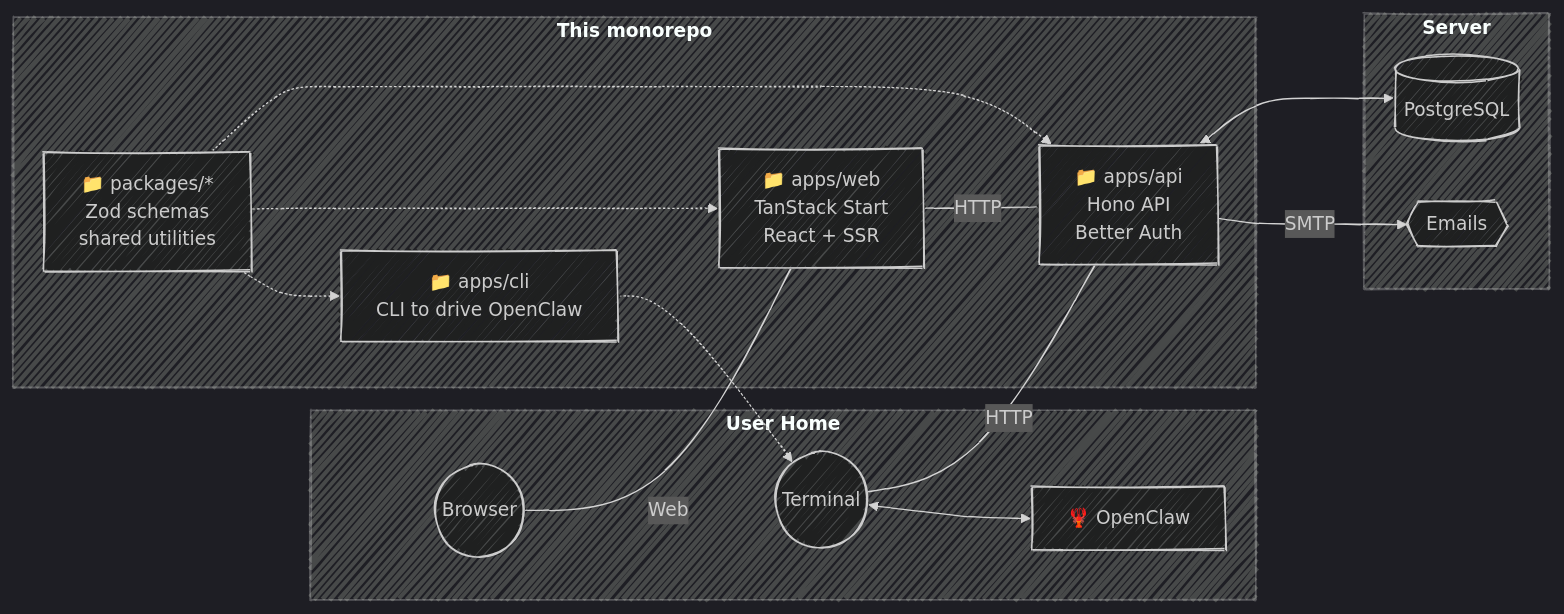
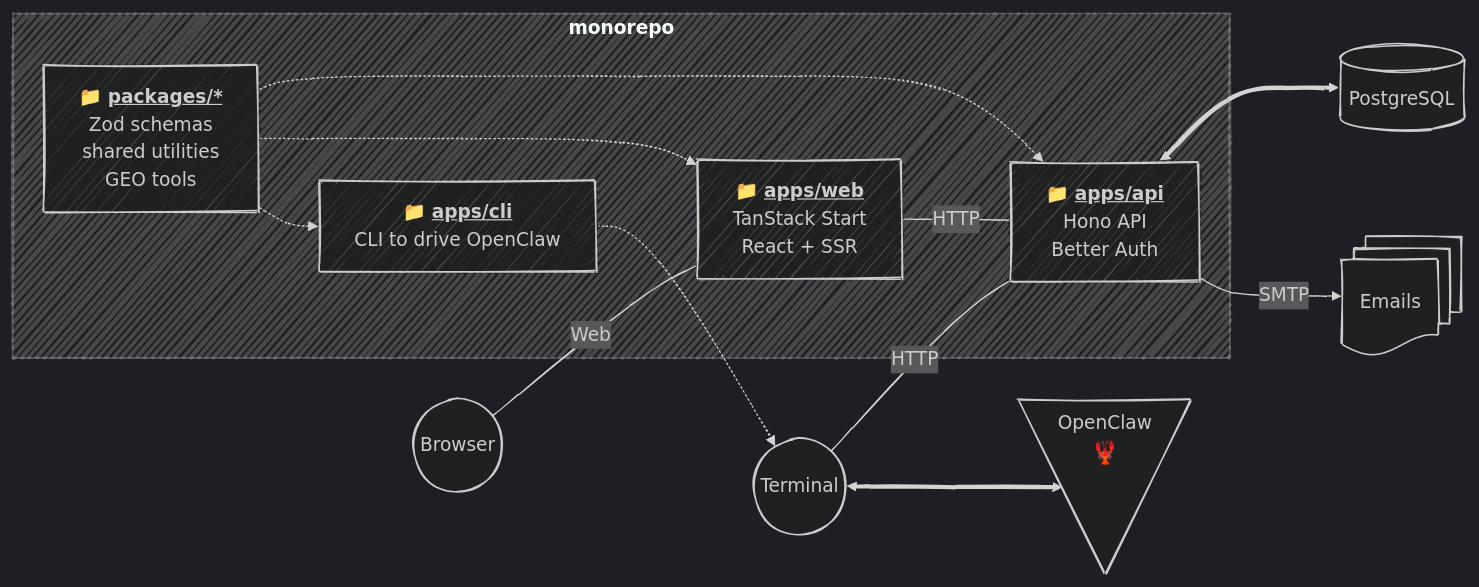
One commit to SubZtep/kaja changed the diagram in docs/index.md. Above: the diagram before and after it, drawn with Mermaid. The commit also changed other lines of this file and 2 other files, not shown here.

Commit message:
docs: better graph

````diff
--- a/docs/index.md
+++ b/docs/index.md
@@ -15,38 +15,34 @@
 ```mermaid
 ---
 config:
   look: handDrawn
   theme: dark
 ---
 flowchart LR
-  subgraph "`**User Home**`"
-    U((Browser))
-    UW((Terminal))
-    O["🦞 OpenClaw"]
-  end
+  U((Browser))
+  UW((Terminal))
+  O@{ shape: manual-file, label: "OpenClaw<br><big>🦞</big>" }
 
-  subgraph "`**Server**`"
-    D[(PostgreSQL)]
-    E{{Emails}}
-  end
+  D[(PostgreSQL)]
+  E@{ shape: docs, label: "Emails"}
 
-  subgraph "`**This monorepo**`"
-    A["📁 apps/api<br/>Hono API<br/>Better Auth"]
-    W["📁 apps/web<br/>TanStack Start<br/>React + SSR"]
-    P["📁 packages/*<br/>Zod schemas<br/>shared utilities"]
-    WW["📁 apps/cli<br/>CLI to drive OpenClaw"]
+  subgraph "`**monorepo**`"
+    A["📁 <strong><u>apps/api</u></strong><br/>Hono API<br/>Better Auth"]
+    W["📁 <strong><u>apps/web</u></strong><br/>TanStack Start<br/>React + SSR"]
+    P["📁 <strong><u>packages/*</u></strong><br/>Zod schemas<br/>shared utilities<br>GEO tools"]
+    WW["📁 <strong><u>apps/cli</u></strong><br/>CLI to drive OpenClaw"]
   end
 
   P -.-> A
   P -.-> W
   P -.-> WW
 
   U -- Web --- W
   UW -- HTTP --- A
-  UW <--> O
+  UW <==> O
   WW -.-> UW
 
   W -- HTTP --- A
-  A <--> D
+  A <==> D
   A -- SMTP --> E
 ```
````
